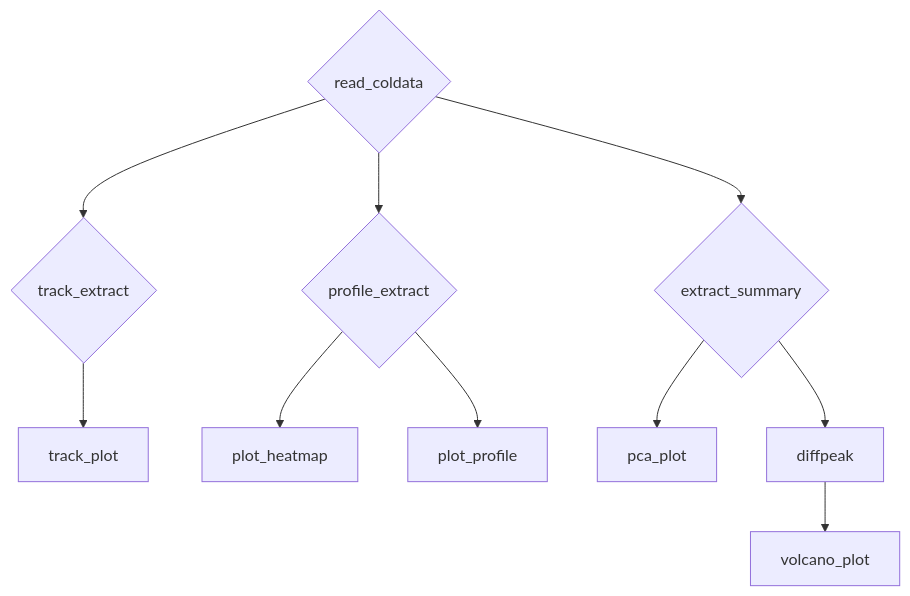
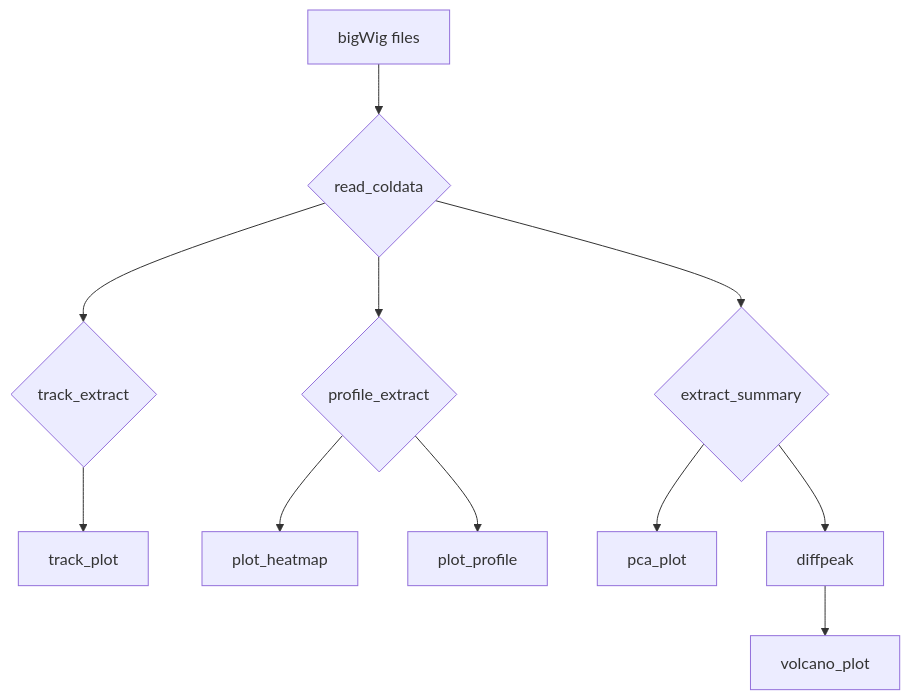
The diagram in README.md (PoisonAlien/trackplot), drawn with Mermaid before and after one commit.

````diff
--- a/README.md
+++ b/README.md
@@ -46,13 +46,13 @@
 ```mermaid
 flowchart TD
-    A{read_coldata}
+    a[bigWig files]-->A{read_coldata}
     A --> B{track_extract}
     B --> B1[track_plot]
     A --> C{profile_extract}
     C --> C1[plot_heatmap]
     C --> C2[plot_profile]
     A --> D{extract_summary}
     D --> D1[pca_plot]
     D --> D2[diffpeak]
     D2 --> D3[volcano_plot]
 ```
````
